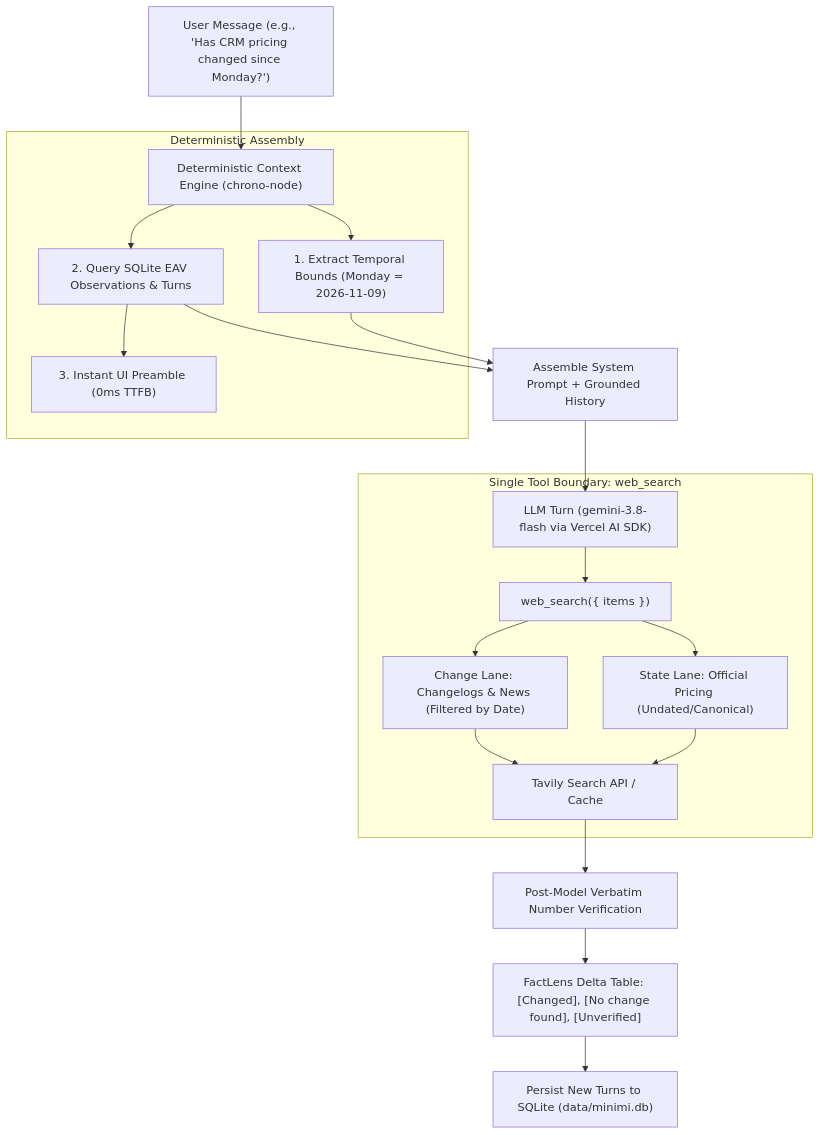
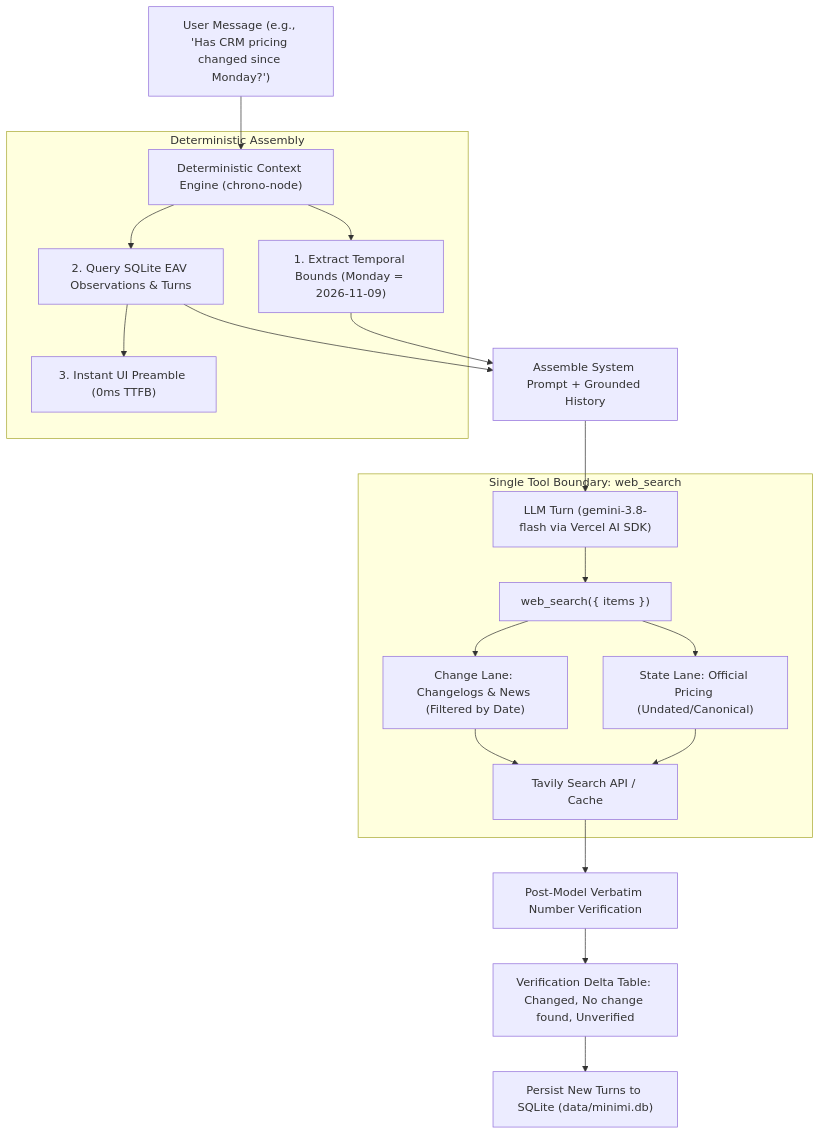
The diagram in README.md (injetiharsha/minimi-chat-agent), drawn with Mermaid before and after one commit. The commit also changed other lines of this file and 7 other files, not shown here.

Commit message:
feat: dynamic reasoning timeline, dynamic typewriter placeholder, recent chats sidebar, clean bold typography without badges, and decoupled general queries

````diff
--- a/README.md
+++ b/README.md
@@ -81,24 +81,24 @@
 ```mermaid
 flowchart TD
     UserQuery["User Message (e.g., 'Has CRM pricing changed since Monday?')"] --> PreModel["Deterministic Context Engine (chrono-node)"]
     
     subgraph Deterministic Assembly
         PreModel --> TimeWindow["1. Extract Temporal Bounds (Monday = 2026-11-09)"]
         PreModel --> DBQuery["2. Query SQLite EAV Observations & Turns"]
         DBQuery --> Preamble["3. Instant UI Preamble (0ms TTFB)"]
     end
 
     TimeWindow & DBQuery --> SystemPrompt["Assemble System Prompt + Grounded History"]
     SystemPrompt --> LLM["LLM Turn (gemini-3.8-flash via Vercel AI SDK)"]
     
     subgraph Single Tool Boundary: web_search
         LLM --> SingleTool["web_search({ items })"]
         SingleTool --> StateLane["State Lane: Official Pricing (Undated/Canonical)"]
         SingleTool --> ChangeLane["Change Lane: Changelogs & News (Filtered by Date)"]
         StateLane & ChangeLane --> Tavily["Tavily Search API / Cache"]
     end
     
     Tavily --> PostVerify["Post-Model Verbatim Number Verification"]
-    PostVerify --> OutputTable["FactLens Delta Table: [Changed], [No change found], [Unverified]"]
+    PostVerify --> OutputTable["Verification Delta Table: Changed, No change found, Unverified"]
     OutputTable --> Persist["Persist New Turns to SQLite (data/minimi.db)"]
 ```
````
